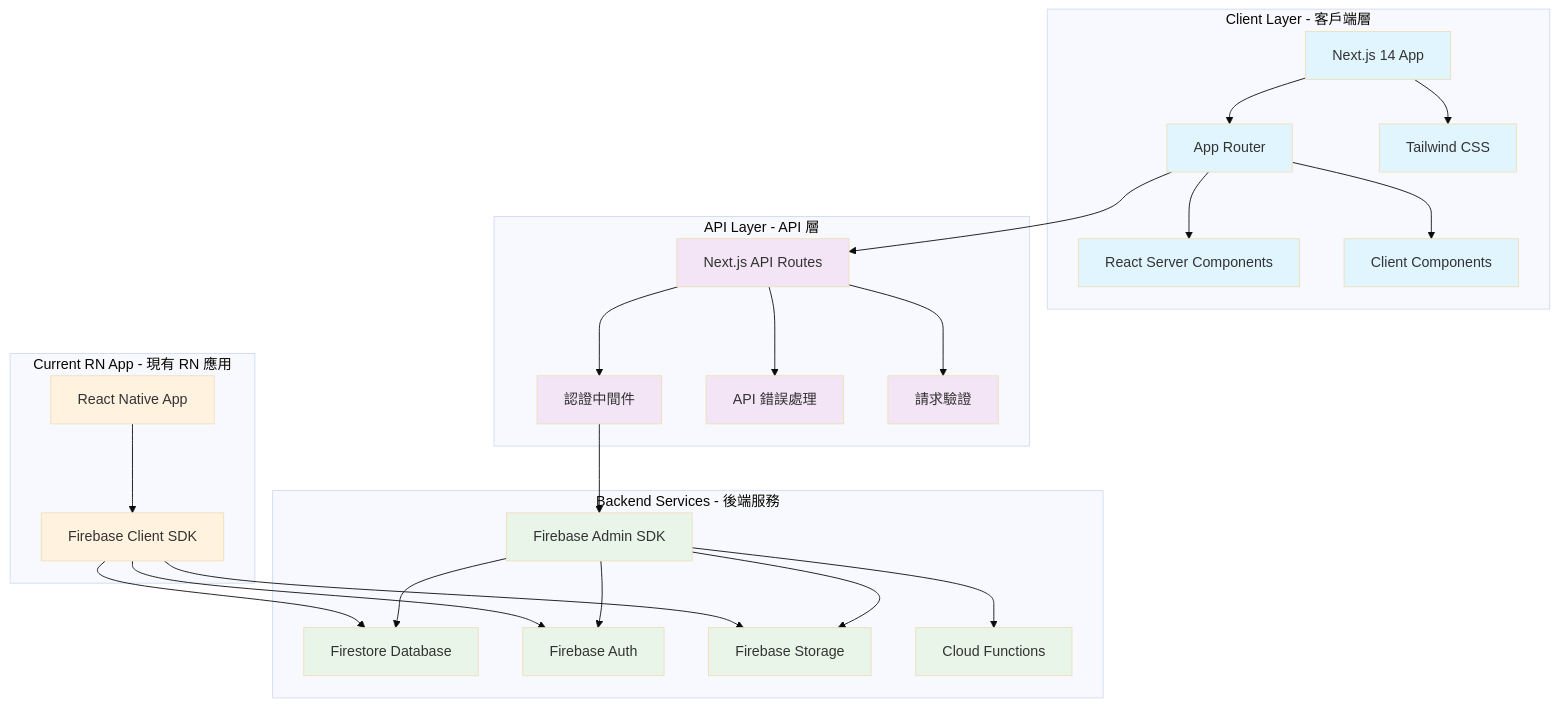
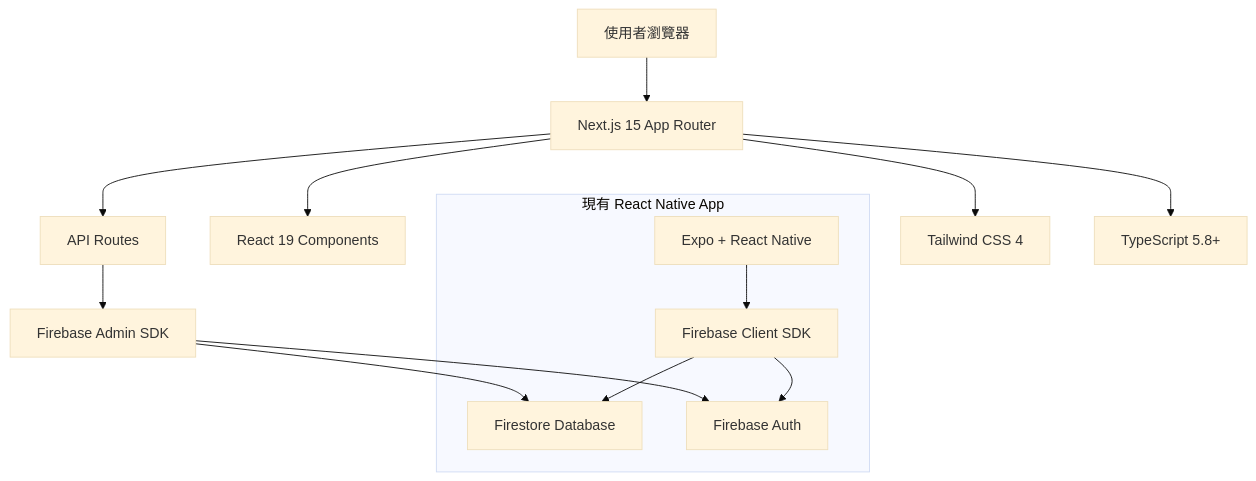
Before and after one commit to SkylerChenTaiwan/DonnaAI-1.0: the diagram in docs/specs/nextjs-web-platform-technical-spec.md, drawn with Mermaid (base theme). The commit also changed other lines of this file and 32 other files, not shown here.

````diff
--- a/docs/specs/nextjs-web-platform-technical-spec.md
+++ b/docs/specs/nextjs-web-platform-technical-spec.md
@@ -18,59 +11,17 @@
 ```mermaid
-graph TB
-    subgraph "Client Layer - 客戶端層"
-        A[Next.js 14 App]
-        B[App Router]
-        C[React Server Components]
-        D[Client Components]
-        E[Tailwind CSS]
+graph TD
+    A[使用者瀏覽器] --> B[Next.js 15 App Router]
+    B --> C[React 19 Components]
+    B --> D[API Routes]
+    D --> E[Firebase Admin SDK]
+    E --> F[Firestore Database]
+    E --> G[Firebase Auth]
+    B --> H[Tailwind CSS 4]
+    B --> I[TypeScript 5.8+]
+    
+    subgraph "現有 React Native App"
+        J[Expo + React Native] --> K[Firebase Client SDK]
+        K --> F
+        K --> G
     end
-    
-    subgraph "API Layer - API 層"
-        F[Next.js API Routes]
-        G[認證中間件]
-        H[API 錯誤處理]
-        I[請求驗證]
-    end
-    
-    subgraph "Backend Services - 後端服務"
-        J[Firebase Admin SDK]
-        K[Firestore Database]
-        L[Firebase Auth]
-        M[Firebase Storage]
-        N[Cloud Functions]
-    end
-    
-    subgraph "Current RN App - 現有 RN 應用"
-        O[React Native App]
-        P[Firebase Client SDK]
-    end
-    
-    A --> B
-    B --> C
-    B --> D
-    A --> E
-    B --> F
-    F --> G
-    F --> H
-    F --> I
-    G --> J
-    J --> K
-    J --> L
-    J --> M
-    J --> N
-    
-    O --> P
-    P --> K
-    P --> L
-    P --> M
-    
-    classDef client fill:#e1f5fe
-    classDef api fill:#f3e5f5
-    classDef backend fill:#e8f5e8
-    classDef current fill:#fff3e0
-    
-    class A,B,C,D,E client
-    class F,G,H,I api
-    class J,K,L,M,N backend
-    class O,P current
 ```
````
